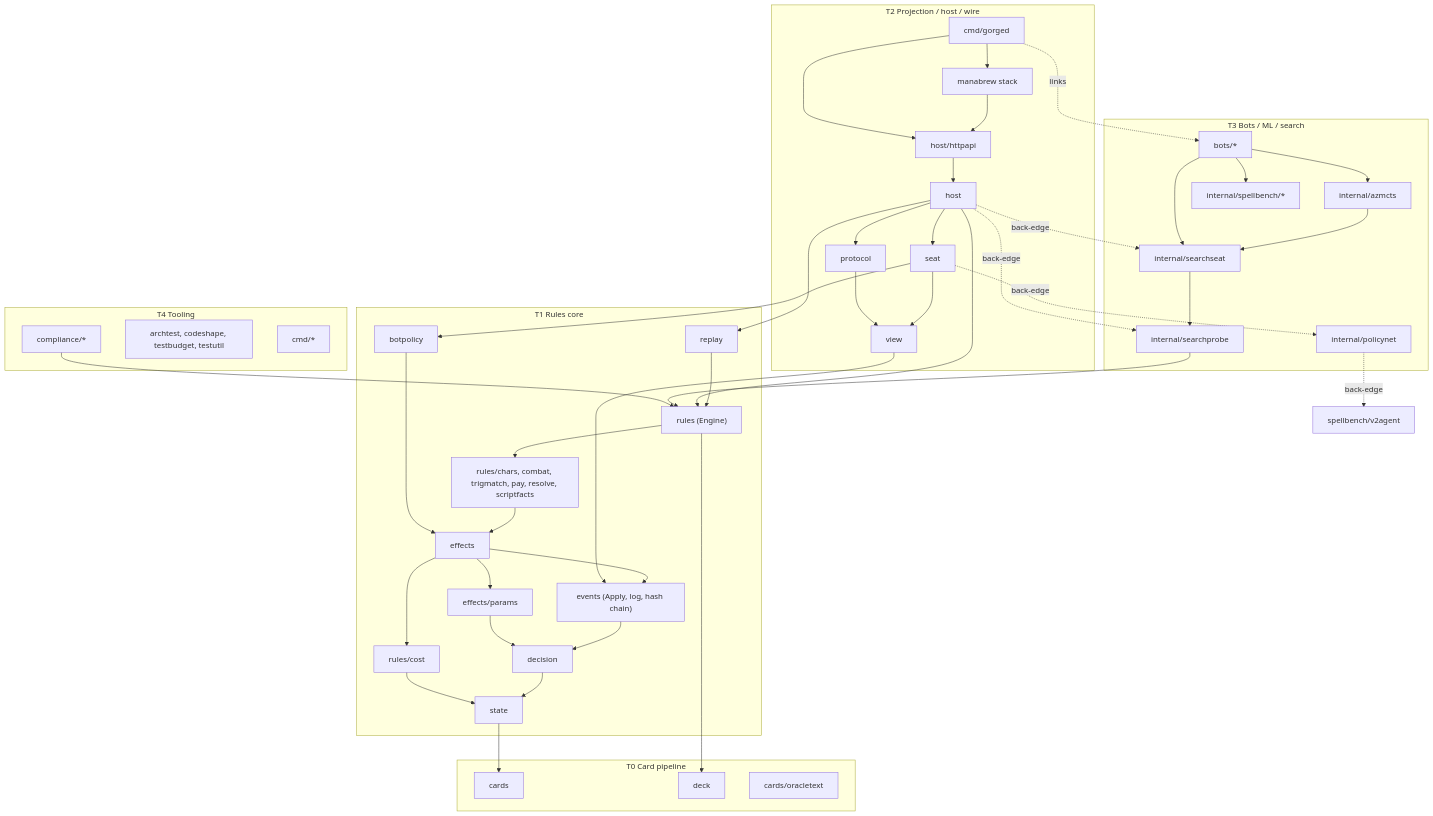
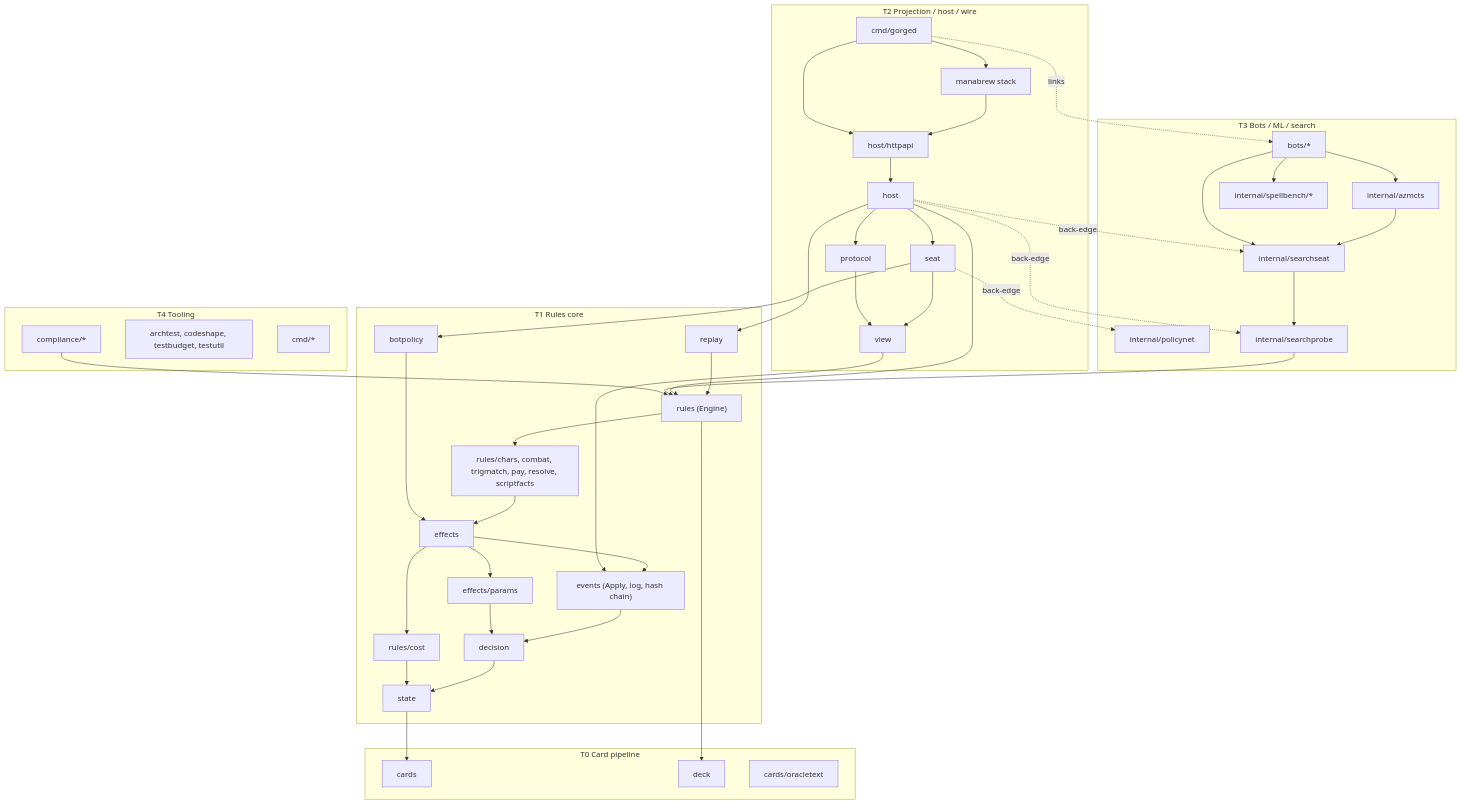
One commit to WillWroble/gorge changed the diagram in docs/site/architecture/overview.md. Above: the diagram before and after it, drawn with Mermaid. The commit also changed other lines of this file and 90 other files, not shown here.

````diff
--- a/docs/site/architecture/overview.md
+++ b/docs/site/architecture/overview.md
@@ -37,57 +37,56 @@
 ```mermaid
 flowchart TB
   subgraph T0["T0 Card pipeline"]
     cards["cards"]
     deck["deck"]
     oracletext["cards/oracletext"]
   end
   subgraph T1["T1 Rules core"]
     state["state"] --> cards
     decision["decision"] --> state
     events["events (Apply, log, hash chain)"] --> decision
     params["effects/params"] --> decision
     cost["rules/cost"] --> state
     effects["effects"] --> events
     effects --> cost
     effects --> params
     sub["rules/chars, combat, trigmatch, pay, resolve, scriptfacts"] --> effects
     rules["rules (Engine)"] --> sub
     rules --> deck
     replay["replay"] --> rules
     botpolicy["botpolicy"] --> effects
   end
   subgraph T2["T2 Projection / host / wire"]
     view["view"] --> events
     seat["seat"] --> view
     seat --> botpolicy
     protocol["protocol"] --> view
     host["host"] --> rules
     host --> seat
     host --> replay
     host --> protocol
     httpapi["host/httpapi"] --> host
     mb["manabrew stack"] --> httpapi
     gorged["cmd/gorged"] --> httpapi
     gorged --> mb
   end
   subgraph T3["T3 Bots / ML / search"]
     policynet["internal/policynet"]
     searchprobe["internal/searchprobe"] --> rules
     searchseat["internal/searchseat"] --> searchprobe
     azmcts["internal/azmcts"] --> searchseat
     sbx["internal/spellbench/*"]
     bots["bots/*"] --> searchseat
     bots --> sbx
     bots --> azmcts
   end
   subgraph T4["T4 Tooling"]
     compliance["compliance/*"] --> rules
     archtest["archtest, codeshape, testbudget, testutil"]
     cmds["cmd/*"]
   end
   seat -. back-edge .-> policynet
-  policynet -. back-edge .-> v2agent["spellbench/v2agent"]
   host -. back-edge .-> searchseat
   host -. back-edge .-> searchprobe
   gorged -. links .-> bots
 ```
````
